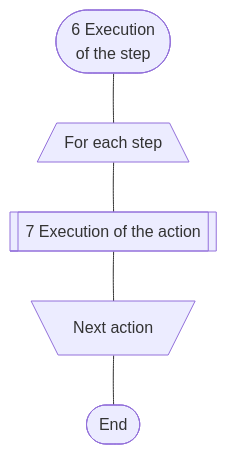
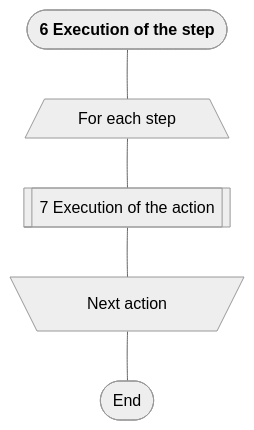
One commit to savushkin-r-d/ptusa_main changed the fourth of 5 diagrams in readme.md. Above: the diagram before and after it, drawn with Mermaid. The commit also changed other lines of this file and 1 other file, not shown here.

````diff
--- a/readme.md
+++ b/readme.md
@@ -68,10 +72,10 @@
 ``` mermaid
+%%{ init: {'theme': 'neutral'} }%%
 
 flowchart TD
-
-    A([6 Execution <br/> of the step]) --- B[/For each step\]
+    A([<b>6 Execution of the step</b>]) --- B[/<p style='width:150px'> For each step\]
     B --- C[[7 Execution of the action]]
-    C --- D[\Next action/]
+    C --- D[\<p style='width:150px'> Next action/]
     D --- E([End])
 
 ```
````
